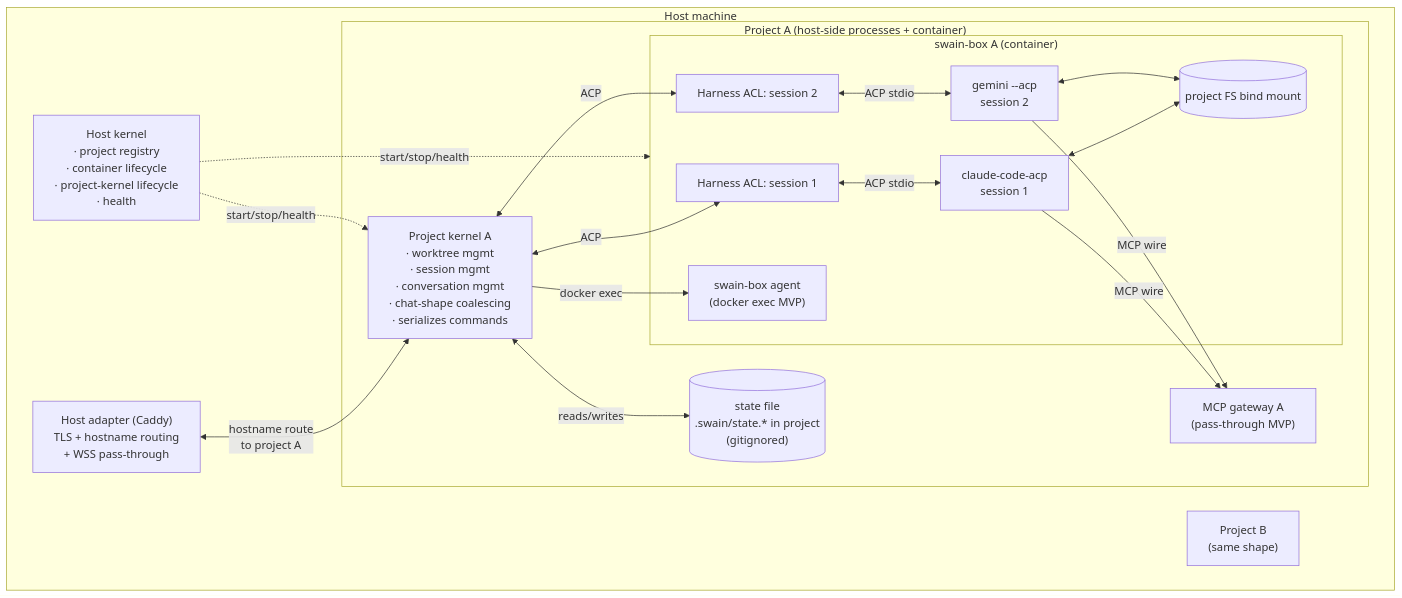
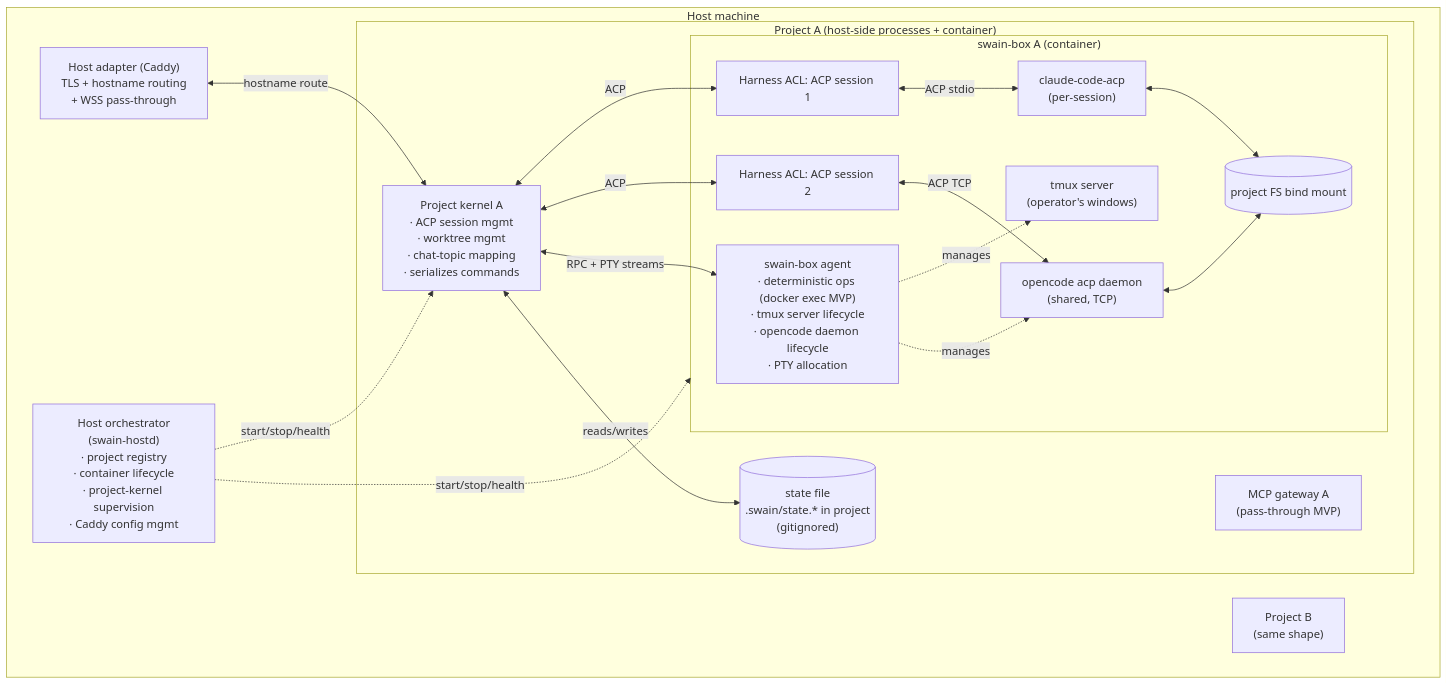
One commit to cristoslc/swain changed the second of 2 diagrams in docs/scratchpads/2026-04-26-architecture-bounded-contexts/scratchpad.md. Above: the diagram before and after it, drawn with Mermaid. The commit also changed other lines of this file, not shown here.

First line of the commit message:
docs(scratchpad): consolidated architecture; pin host orchestrator + tmux + chat

````diff
--- a/docs/scratchpads/2026-04-26-architecture-bounded-contexts/scratchpad.md
+++ b/docs/scratchpads/2026-04-26-architecture-bounded-contexts/scratchpad.md
@@ -102,38 +106,39 @@
 ```mermaid
 flowchart TB
     subgraph Host["Host machine"]
         HA["Host adapter (Caddy)<br/>TLS + hostname routing<br/>+ WSS pass-through"]
-        HK["Host kernel<br/>· project registry<br/>· container lifecycle<br/>· project-kernel lifecycle<br/>· health"]
+        HO["Host orchestrator<br/>(swain-hostd)<br/>· project registry<br/>· container lifecycle<br/>· project-kernel supervision<br/>· Caddy config mgmt"]
 
         subgraph Project["Project A (host-side processes + container)"]
-            K["Project kernel A<br/>· worktree mgmt<br/>· session mgmt<br/>· conversation mgmt<br/>· chat-shape coalescing<br/>· serializes commands"]
+            K["Project kernel A<br/>· ACP session mgmt<br/>· worktree mgmt<br/>· chat-topic mapping<br/>· serializes commands"]
             State[("state file<br/>.swain/state.* in project<br/>(gitignored)")]
             MCP["MCP gateway A<br/>(pass-through MVP)"]
 
             subgraph Box["swain-box A (container)"]
-                ACL_S1["Harness ACL: session 1"]
-                ACL_S2["Harness ACL: session 2"]
-                R1["claude-code-acp<br/>session 1"]
-                R2["gemini --acp<br/>session 2"]
-                SBA["swain-box agent<br/>(docker exec MVP)"]
+                SBA["swain-box agent<br/>· deterministic ops (docker exec MVP)<br/>· tmux server lifecycle<br/>· opencode daemon lifecycle<br/>· PTY allocation"]
+                Tmux["tmux server<br/>(operator's windows)"]
+                ACL_S1["Harness ACL: ACP session 1"]
+                ACL_S2["Harness ACL: ACP session 2"]
+                R_CC["claude-code-acp<br/>(per-session)"]
+                R_OCD["opencode acp daemon<br/>(shared, TCP)"]
                 ProjFS[("project FS bind mount")]
             end
         end
 
         OtherProj["Project B<br/>(same shape)"]
     end
 
-    HA <-->|"hostname route<br/>to project A"| K
-    HK -.->|"start/stop/health"| K
-    HK -.->|"start/stop/health"| Box
+    HA <-->|"hostname route"| K
+    HO -.->|"start/stop/health"| K
+    HO -.->|"start/stop/health"| Box
     K <-->|"ACP"| ACL_S1
     K <-->|"ACP"| ACL_S2
-    K -->|"docker exec"| SBA
+    K <-->|"RPC + PTY streams"| SBA
     K <-->|"reads/writes"| State
-    ACL_S1 <-->|"ACP stdio"| R1
-    ACL_S2 <-->|"ACP stdio"| R2
-    R1 -->|"MCP wire"| MCP
-    R2 -->|"MCP wire"| MCP
-    R1 <--> ProjFS
-    R2 <--> ProjFS
+    SBA -.->|"manages"| Tmux
+    SBA -.->|"manages"| R_OCD
+    ACL_S1 <-->|"ACP stdio"| R_CC
+    ACL_S2 <-->|"ACP TCP"| R_OCD
+    R_CC <--> ProjFS
+    R_OCD <--> ProjFS
 ```
````
